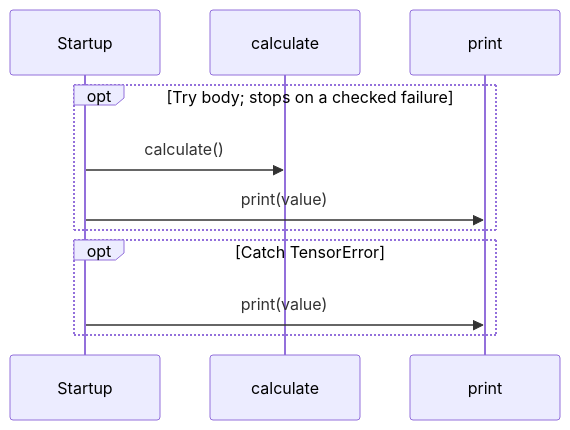
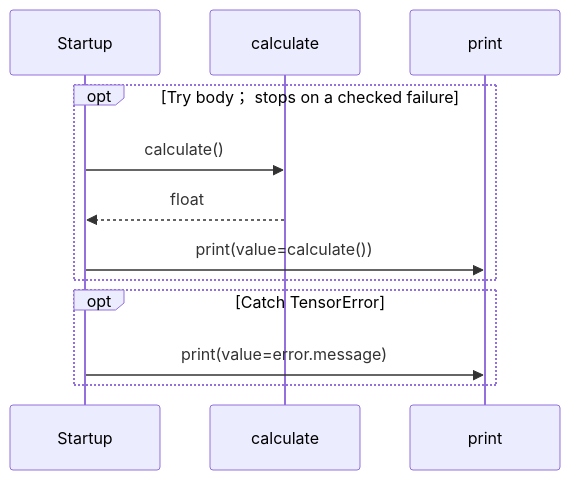
Before and after one commit to GreenPandaStudios/augscript: the second of 2 diagrams in docs/examples/native-pytorch/main-diagrams.md, drawn with Mermaid. The commit also changed other lines of this file and 524 other files, not shown here.

Commit message:
Explain checked data flow at folder and service levels

````diff
--- a/docs/examples/native-pytorch/main-diagrams.md
+++ b/docs/examples/native-pytorch/main-diagrams.md
@@ -40,13 +39,14 @@
 ```mermaid
 sequenceDiagram
     participant p0 as Startup
     participant p1 as calculate
     participant p2 as print
-    opt Try body#59; stops on a checked failure
+    opt Try body； stops on a checked failure
     p0->>p1: calculate()
-    p0->>p2: print(value)
+    p1-->>p0: float
+    p0->>p2: print(value=calculate())
     end
     opt Catch TensorError
-    p0->>p2: print(value)
+    p0->>p2: print(value=error.message)
     end
 ```
````
